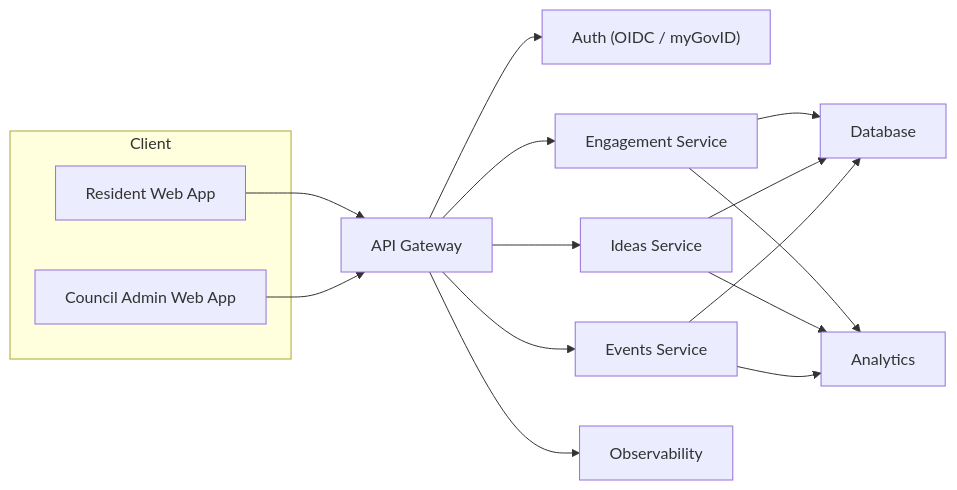
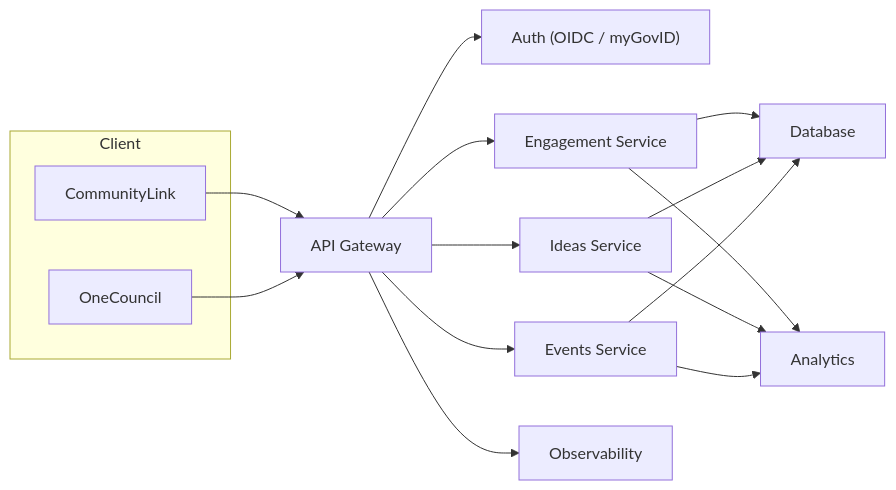
Before and after one commit to mangeshg/communityLink: the diagram in README.md, drawn with Mermaid.

````diff
--- a/README.md
+++ b/README.md
@@ -99,27 +99,27 @@
 ```mermaid
 flowchart LR
   subgraph "Client"
-    A["Resident Web App"]
-    B["Council Admin Web App"]
+    A["CommunityLink"]
+    B["OneCouncil"]
   end
 
   A --> G["API Gateway"]
   B --> G
 
   G --> H["Auth (OIDC / myGovID)"]
 
   G --> S["Engagement Service"]
   G --> J["Ideas Service"]
   G --> K["Events Service"]
 
   S --> D["Database"]
   J --> D
   K --> D
 
   S --> M["Analytics"]
   J --> M
   K --> M
 
   G --> R["Observability"]
 
 ```
````
